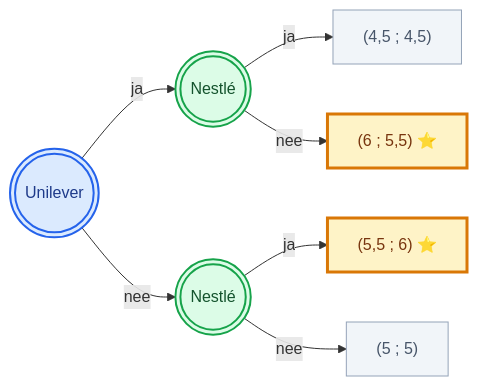
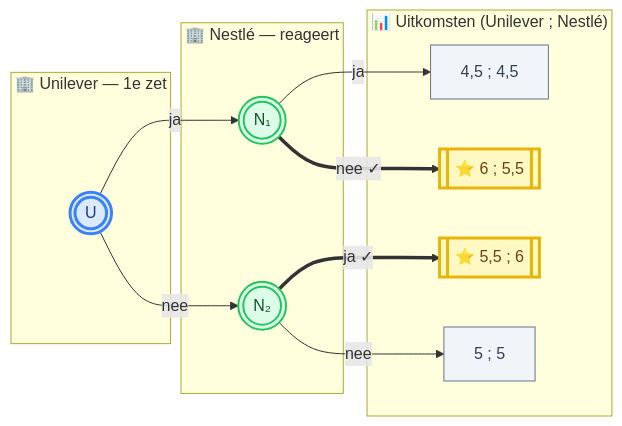
One commit to ateknol/HAVO-Economie-examen changed the seventh of 23 diagrams in Volledige_Samenvatting_H1_H2.md. Above: the diagram before and after it, drawn with Mermaid. The commit also changed other lines of this file and 6 other files, not shown here.

````diff
--- a/Volledige_Samenvatting_H1_H2.md
+++ b/Volledige_Samenvatting_H1_H2.md
@@ -477,27 +498,30 @@
 ```mermaid
 flowchart LR
-    U(((Unilever)))
-    N1(((Nestlé)))
-    N2(((Nestlé)))
-    R1["(4,5 ; 4,5)"]
-    R2["(6 ; 5,5) ⭐"]
-    R3["(5,5 ; 6) ⭐"]
-    R4["(5 ; 5)"]
-
+    subgraph Sp_U["🏢 Unilever — 1e zet"]
+        U(((U)))
+    end
+    subgraph Sp_N["🏢 Nestlé — reageert"]
+        N1(((N₁)))
+        N2(((N₂)))
+    end
+    subgraph Sp_R["📊 Uitkomsten (Unilever ; Nestlé)"]
+        R1["4,5 ; 4,5"]
+        R2[["⭐ 6 ; 5,5"]]
+        R3[["⭐ 5,5 ; 6"]]
+        R4["5 ; 5"]
+    end
     U -->|"ja"| N1
     U -->|"nee"| N2
     N1 -->|"ja"| R1
-    N1 -->|"nee"| R2
-    N2 -->|"ja"| R3
+    N1 ==>|"nee ✓"| R2
+    N2 ==>|"ja ✓"| R3
     N2 -->|"nee"| R4
-
-    classDef speler1 fill:#dbeafe,stroke:#2563eb,stroke-width:2px,color:#1e3a8a
-    classDef speler2 fill:#dcfce7,stroke:#16a34a,stroke-width:2px,color:#14532d
-    classDef gekozen fill:#fef3c7,stroke:#d97706,stroke-width:3px,color:#78350f
-    classDef niet fill:#f1f5f9,stroke:#94a3b8,stroke-width:1px,color:#475569
-
-    class U speler1
-    class N1,N2 speler2
+    classDef s1 fill:#dbeafe,stroke:#3b82f6,stroke-width:3px,color:#1e3a8a
+    classDef s2 fill:#dcfce7,stroke:#22c55e,stroke-width:2px,color:#14532d
+    classDef gekozen fill:#fef9c3,stroke:#eab308,stroke-width:3px,color:#713f12
+    classDef niet fill:#f1f5f9,stroke:#64748b,stroke-width:1px,color:#334155
+    class U s1
+    class N1,N2 s2
     class R2,R3 gekozen
     class R1,R4 niet
 ```
````
